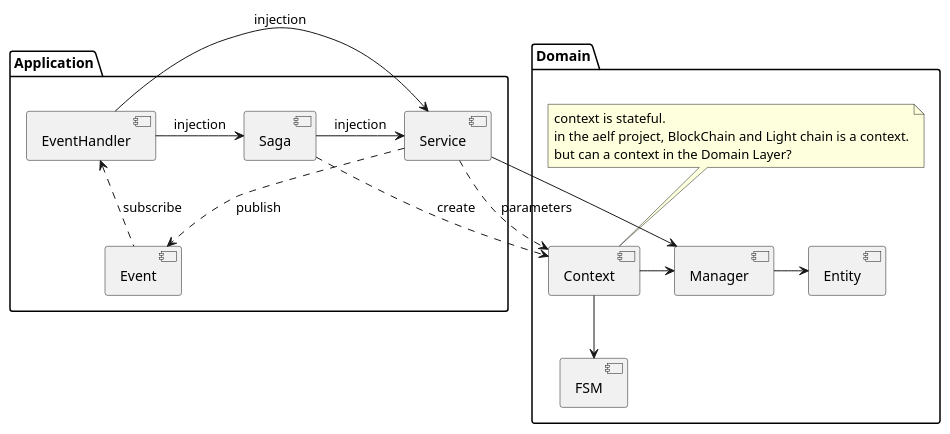
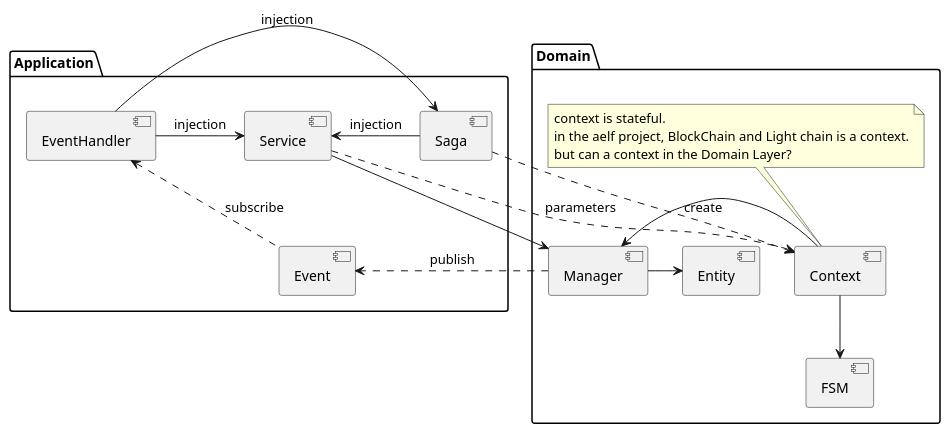
The first of 2 diagrams in docs/Development/architecture.md (AElfProject/AElf), drawn with PlantUML before and after one commit. The commit also changed other lines of this file, not shown here.

Commit message:
architecture doc updates

````diff
--- a/docs/Development/architecture.md
+++ b/docs/Development/architecture.md
@@ -3,49 +3,51 @@
 ```puml
 @startuml
 
 package "Application" {
   [Service]
   [Event]
   [Saga]
   
 
 
   [Saga] -> [Service] : injection
 
   [EventHandler] <.. [Event] : subscribe
 
   [EventHandler] -> [Saga] : injection
   [EventHandler] -> [Service] : injection
 
-  [Service] ..> [Event] : publish
 }
 
 package "Domain" {
   [Manager]
   [Context]
 
   [Entity]
 
   [FSM]
 
 
   [Saga] ..> [Context] : create
   [Service] ..> [Context] : parameters
   [Context] -down-> [FSM]
   [Context] -> [Manager] 
 
 
   [Service] -down-> [Manager]
 
   [Manager] -> [Entity]
 
+  [Manager] ..> [Event] : publish
+
+
 note top of [Context]
   context is stateful.
   in the aelf project, BlockChain and Light chain is a context.
   but can a context in the Domain Layer?
 end note
 }
 
 
 @enduml
 ```
````
